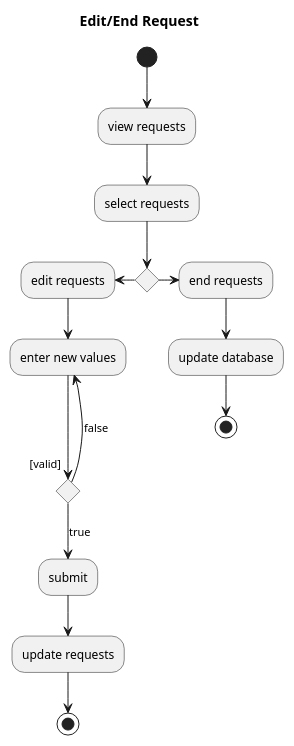
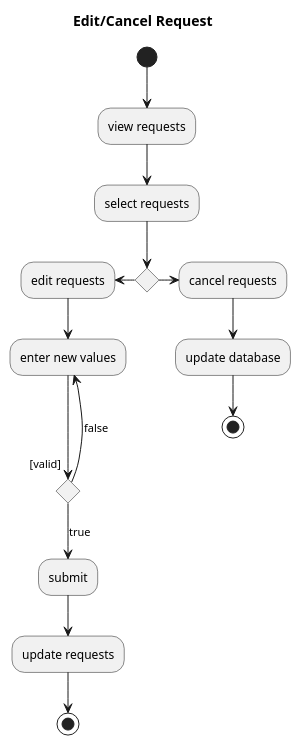
One commit to OmarAlghamdi/swe363-project-react changed diagram 14 of 14 in diagrams/activity/activity.puml. Above: the diagram before and after it, drawn with PlantUML.

```diff
--- a/diagrams/activity/activity.puml
+++ b/diagrams/activity/activity.puml
@@ -293,28 +293,28 @@
 @startuml
 title
-Edit/End Request
+Edit/Cancel Request
 endtitle
 (*)  --> "view requests"
 "view requests" --> "select requests"
 
 If "" then
 -left-> "edit requests"
 "edit requests" --> "enter new values"
 
 If "[valid]" then
 --> [true] "submit"
 else
 ---> [false] "enter new values"
 Endif
 
 "submit" --> "update requests"
 "update requests" --> (*)
 
 
 else
--> "end requests"
-"end requests" --> "update database"
+-> "cancel requests"
+"cancel requests" --> "update database"
 "update database" --> (*2)
 
 Endif
 @enduml
```
